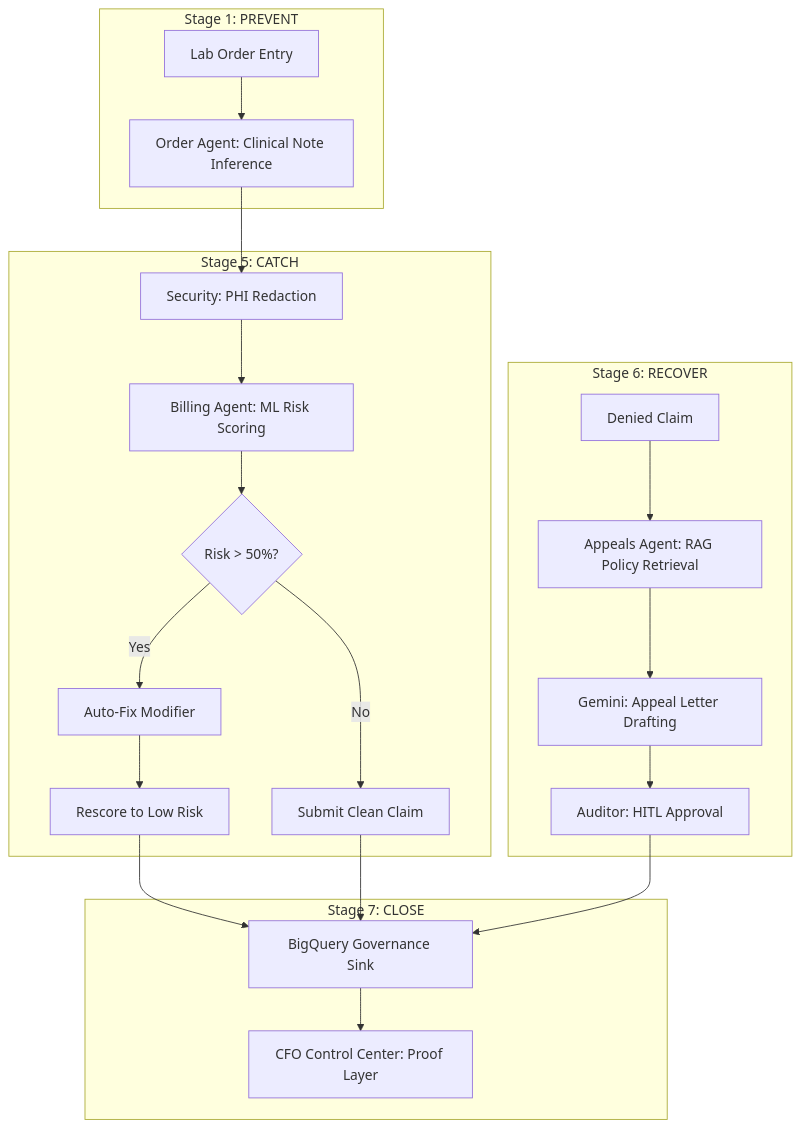
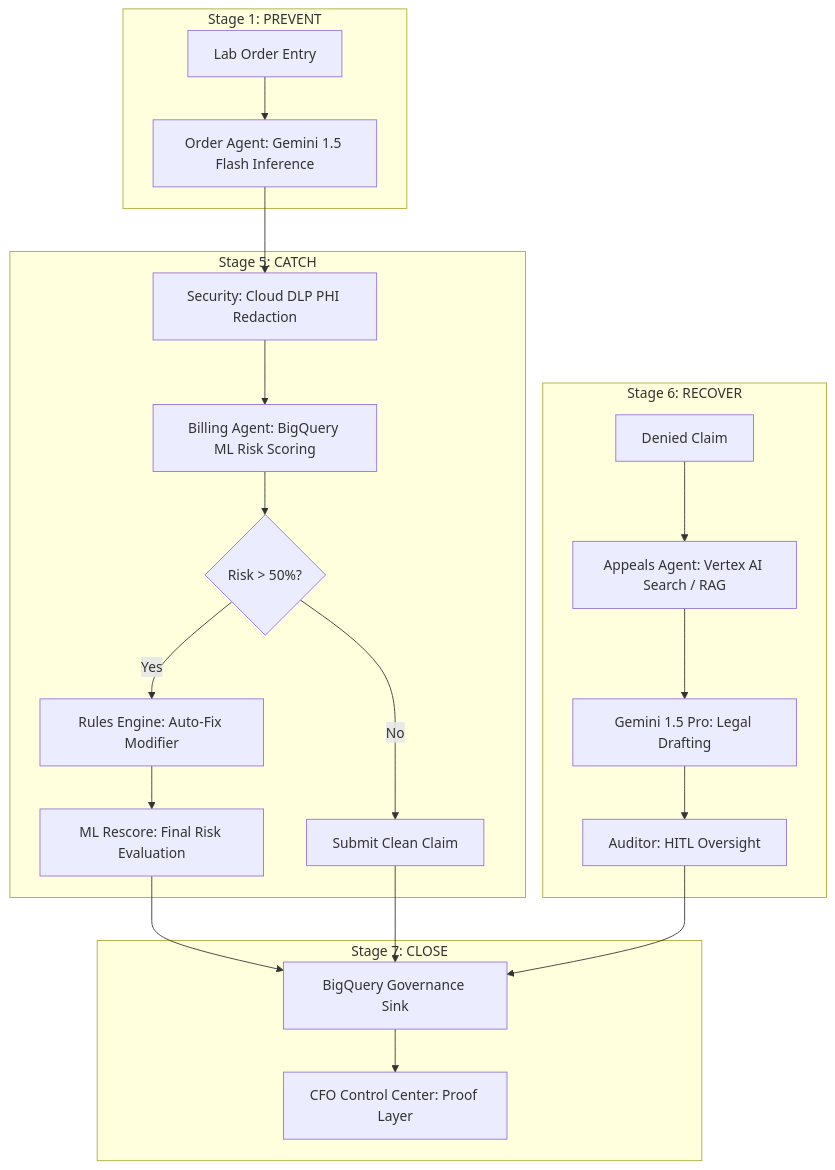
One commit to vinod1rai249-max/order-to-cash-denial-reduction changed the diagram in README.md. Above: the diagram before and after it, drawn with Mermaid.

Commit message:
Update architectural Mermaid diagram with explicit GCP tool names (Gemini, DLP, BQ ML, Vertex AI Search)

````diff
--- a/README.md
+++ b/README.md
@@ -79,28 +79,28 @@
 ```mermaid
 graph TD
     subgraph "Stage 1: PREVENT"
-    A[Lab Order Entry] --> B[Order Agent: Clinical Note Inference]
+    A[Lab Order Entry] --> B[Order Agent: Gemini 1.5 Flash Inference]
     end
 
     subgraph "Stage 5: CATCH"
-    B --> C[Security: PHI Redaction]
-    C --> D[Billing Agent: ML Risk Scoring]
+    B --> C[Security: Cloud DLP PHI Redaction]
+    C --> D[Billing Agent: BigQuery ML Risk Scoring]
     D --> E{Risk > 50%?}
-    E -- Yes --> F[Auto-Fix Modifier]
-    F --> G[Rescore to Low Risk]
+    E -- Yes --> F[Rules Engine: Auto-Fix Modifier]
+    F --> G[ML Rescore: Final Risk Evaluation]
     E -- No --> H[Submit Clean Claim]
     end
 
     subgraph "Stage 6: RECOVER"
-    I[Denied Claim] --> J[Appeals Agent: RAG Policy Retrieval]
-    J --> K[Gemini: Appeal Letter Drafting]
-    K --> L[Auditor: HITL Approval]
+    I[Denied Claim] --> J[Appeals Agent: Vertex AI Search / RAG]
+    J --> K[Gemini 1.5 Pro: Legal Drafting]
+    K --> L[Auditor: HITL Oversight]
     end
 
     subgraph "Stage 7: CLOSE"
     G --> M[BigQuery Governance Sink]
     H --> M
     L --> M
     M --> N[CFO Control Center: Proof Layer]
     end
 ```
````
